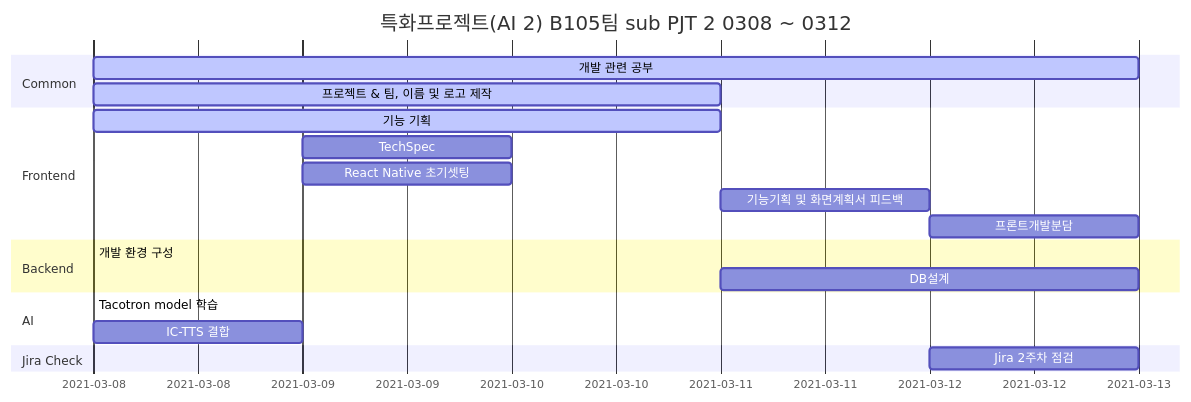
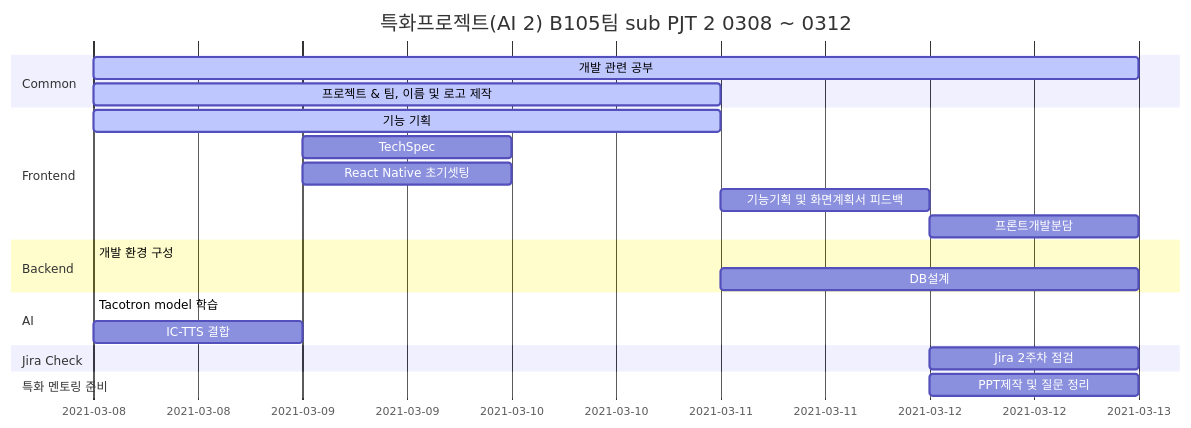
One commit to jes5918/dinory changed the diagram in README.md. Above: the diagram before and after it, drawn with Mermaid. The commit also changed other lines of this file and 1 other file, not shown here.

````diff
--- a/README.md
+++ b/README.md
@@ -26,27 +32,30 @@
 ```mermaid
 gantt
     axisFormat  %Y-%m-%d
     title      특화프로젝트(AI 2) B105팀 sub PJT 2 0308 ~ 0312
 	section Common
 	개발 관련 공부: active, 2021-03-08, 5d
 	프로젝트 & 팀, 이름 및 로고 제작 : active, 2021-03-08, 3d
 
     section Frontend
     기능 기획 :active, a1, 2021-03-08, 3d
     TechSpec :, 2021-03-09, 1d
     React Native 초기셋팅 :, 2021-03-09,1d
     기능기획 및 화면계획서 피드백 :after a1, 1d
     프론트개발분담 :	, 2021-03-12, 1d
     
 
     section Backend
    	개발 환경 구성 :active, 2021-03-08, 2021-03-11
    	DB설계 :after, 2021-03-11, 2d
 
    	section AI
    	Tacotron model 학습 :active, a2, 2021-03-08, 2021-03-11
    	IC-TTS 결합 :after a2, 1d
 
    	section Jira Check
    	Jira 2주차 점검 :, 2021-03-12, 1d
+   	
+   	section 특화 멘토링 준비
+   	PPT제작 및 질문 정리 :, 2021-03-12, 1d
 ```
````
